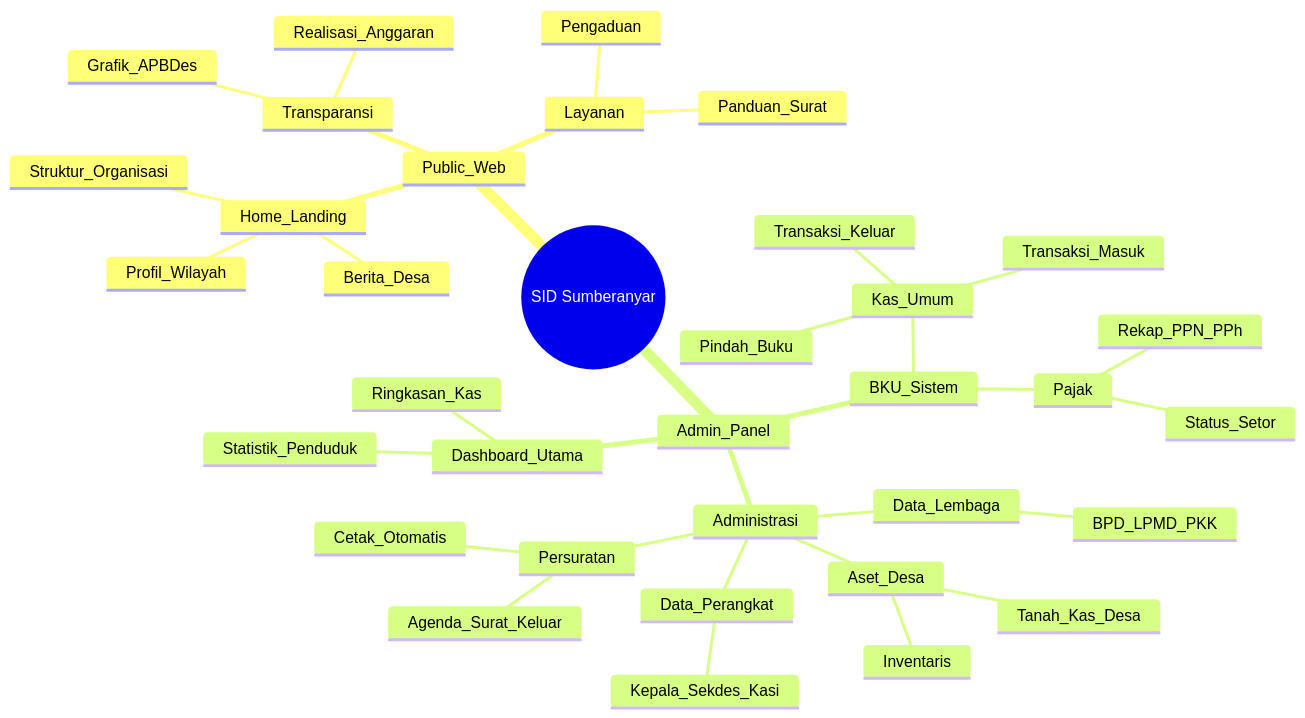
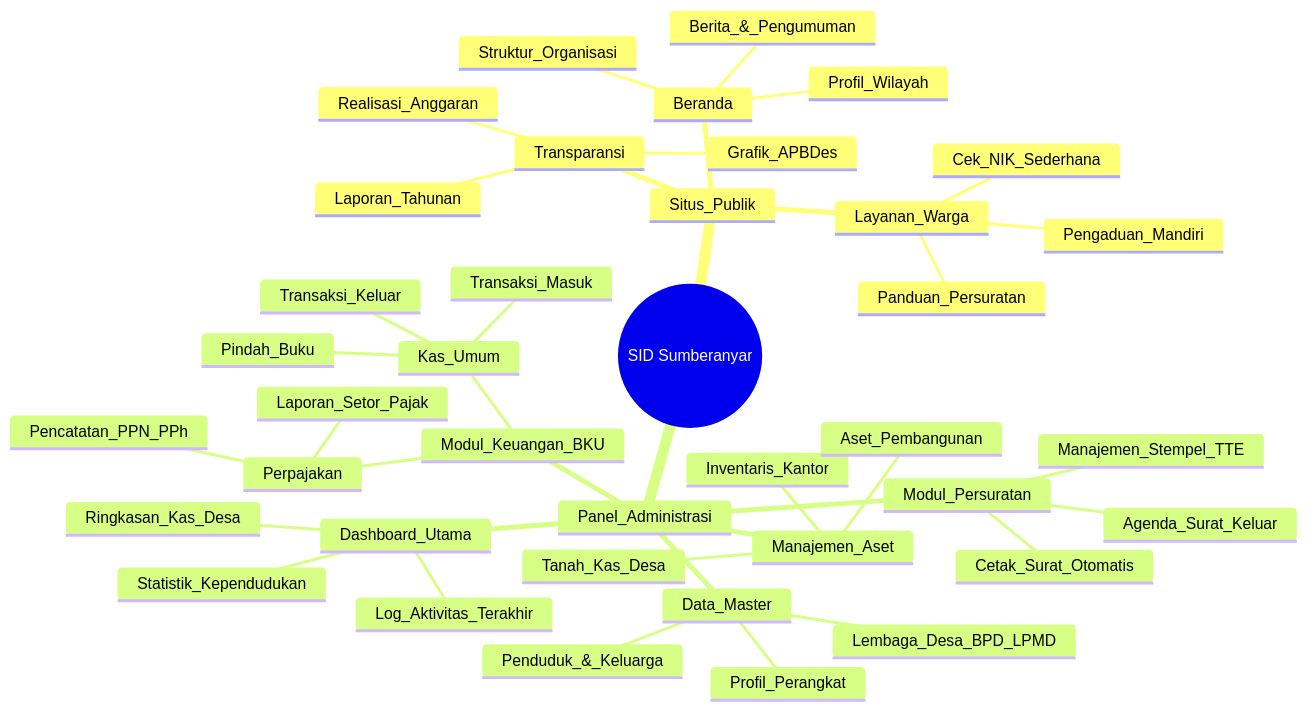
One commit to AbdurRouf05/sid-desa changed the first of 3 diagrams in docs/SID_SUMBERANYAR_BLUEPRINT.md. Above: the diagram before and after it, drawn with Mermaid. The commit also changed other lines of this file and 91 other files, not shown here.

````diff
--- a/docs/SID_SUMBERANYAR_BLUEPRINT.md
+++ b/docs/SID_SUMBERANYAR_BLUEPRINT.md
@@ -9,38 +13,42 @@
 ```mermaid
 mindmap
   root((SID Sumberanyar))
-    Public_Web
-      Home_Landing
-        Berita_Desa
+    Situs_Publik
+      Beranda
+        Berita_&_Pengumuman
         Profil_Wilayah
         Struktur_Organisasi
       Transparansi
         Grafik_APBDes
         Realisasi_Anggaran
-      Layanan
-        Panduan_Surat
-        Pengaduan
-    Admin_Panel
+        Laporan_Tahunan
+      Layanan_Warga
+        Panduan_Persuratan
+        Pengaduan_Mandiri
+        Cek_NIK_Sederhana
+    Panel_Administrasi
       Dashboard_Utama
-        Ringkasan_Kas
-        Statistik_Penduduk
-      BKU_Sistem
+        Ringkasan_Kas_Desa
+        Statistik_Kependudukan
+        Log_Aktivitas_Terakhir
+      Modul_Keuangan_BKU
         Kas_Umum
           Transaksi_Masuk
           Transaksi_Keluar
           Pindah_Buku
-        Pajak
-          Rekap_PPN_PPh
-          Status_Setor
-      Administrasi
-        Data_Lembaga
-          BPD_LPMD_PKK
-        Data_Perangkat
-          Kepala_Sekdes_Kasi
-        Aset_Desa
-          Tanah_Kas_Desa
-          Inventaris
-        Persuratan
-          Agenda_Surat_Keluar
-          Cetak_Otomatis
+        Perpajakan
+          Pencatatan_PPN_PPh
+          Laporan_Setor_Pajak
+      Modul_Persuratan
+        Agenda_Surat_Keluar
+        Manajemen_Stempel_TTE
+        Cetak_Surat_Otomatis
+      Manajemen_Aset
+        Tanah_Kas_Desa
+        Inventaris_Kantor
+        Aset_Pembangunan
+      Data_Master
+        Penduduk_&_Keluarga
+        Lembaga_Desa_BPD_LPMD
+        Profil_Perangkat
 ```
````
